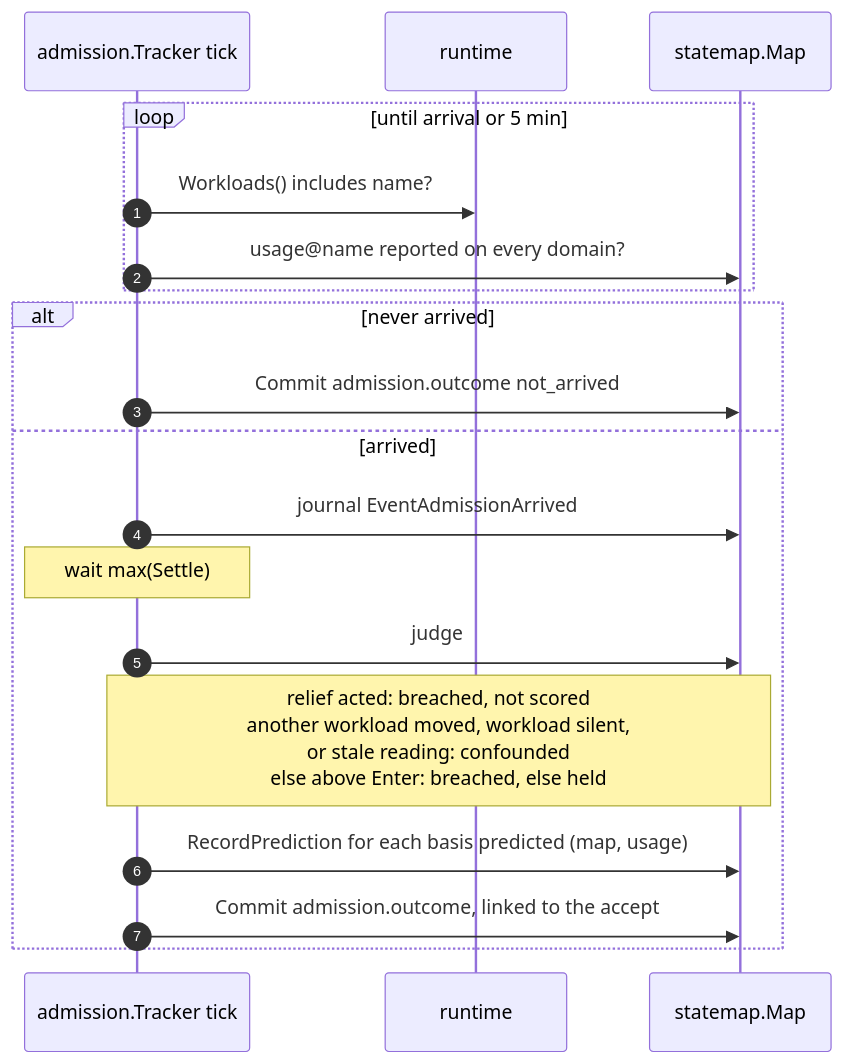
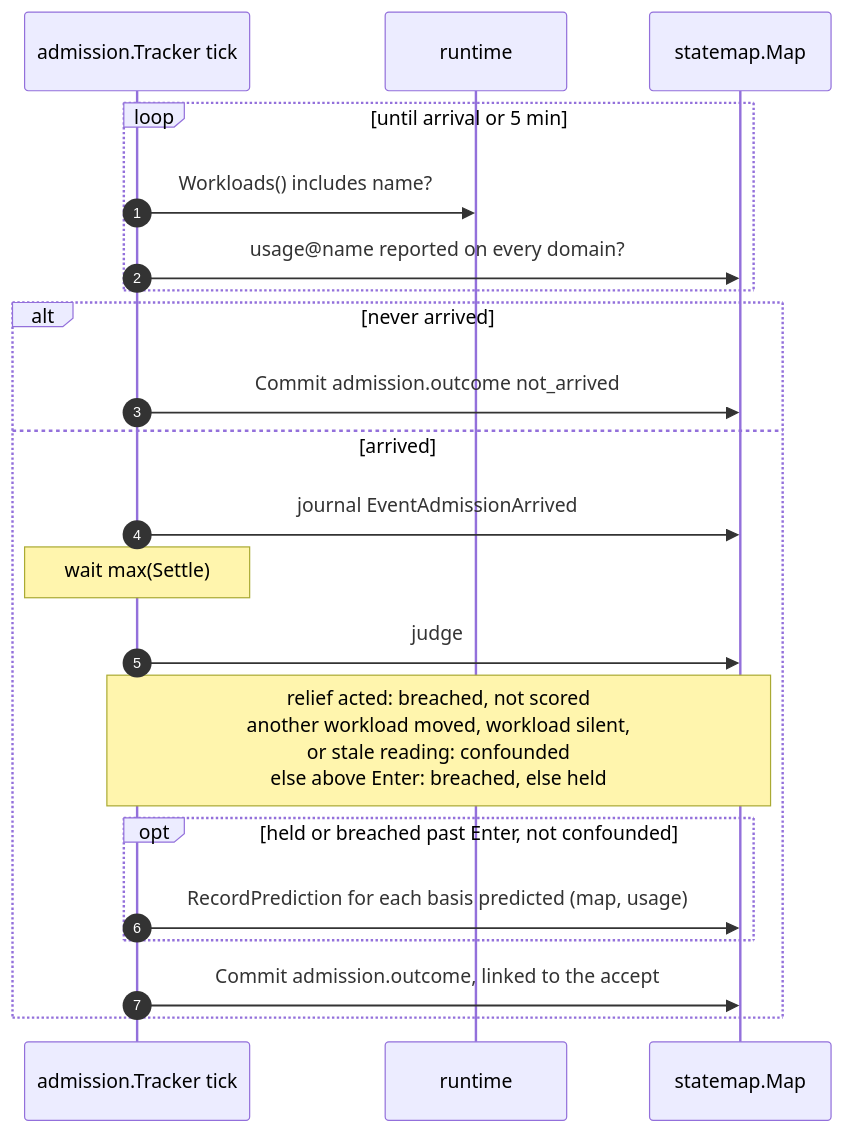
Before and after one commit to DiyazY/di-agent: diagram 12 of 21 in docs/architecture-diagrams.md, drawn with Mermaid. The commit also changed other lines of this file and 9 other files, not shown here.

````diff
--- a/docs/architecture-diagrams.md
+++ b/docs/architecture-diagrams.md
@@ -412,22 +422,24 @@
 ```mermaid
 sequenceDiagram
     autonumber
     participant Tr as admission.Tracker tick
     participant R as runtime
     participant M as statemap.Map
 
     loop until arrival or 5 min
         Tr->>R: Workloads() includes name?
         Tr->>M: usage@name reported on every domain?
     end
     alt never arrived
         Tr->>M: Commit admission.outcome not_arrived
     else arrived
         Tr->>M: journal EventAdmissionArrived
         Note over Tr: wait max(Settle)
         Tr->>M: judge
         Note over Tr,M: relief acted: breached, not scored<br/>another workload moved, workload silent,<br/>or stale reading: confounded<br/>else above Enter: breached, else held
-        Tr->>M: RecordPrediction for each basis predicted (map, usage)
+        opt held or breached past Enter, not confounded
+            Tr->>M: RecordPrediction for each basis predicted (map, usage)
+        end
         Tr->>M: Commit admission.outcome, linked to the accept
     end
 ```
````
